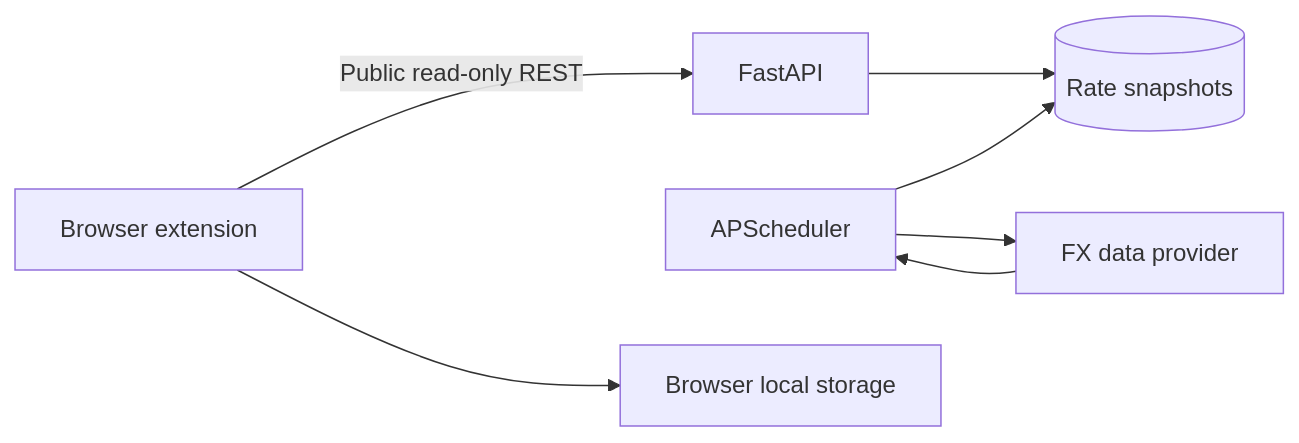
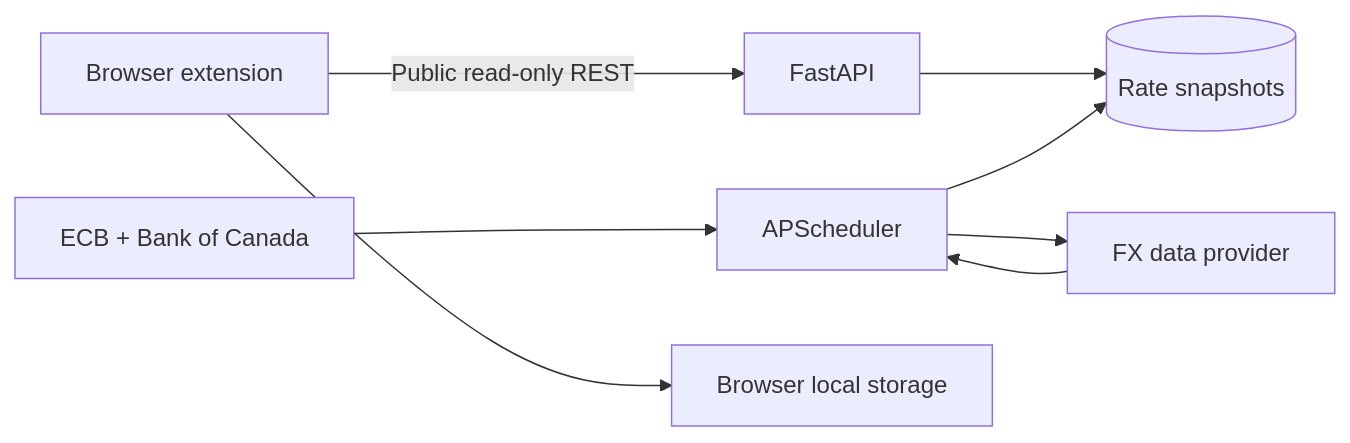
One commit to shianjeng/FX-Pulses changed the diagram in README.md. Above: the diagram before and after it, drawn with Mermaid. The commit also changed other lines of this file and 17 other files, not shown here.

````diff
--- a/README.md
+++ b/README.md
@@ -43,9 +46,10 @@
 ```mermaid
 flowchart LR
     Extension[Browser extension] -->|Public read-only REST| API[FastAPI]
     API --> Cache[(Rate snapshots)]
     Scheduler[APScheduler] --> Provider[FX data provider]
     Provider --> Scheduler
+    Official[ECB + Bank of Canada] --> Scheduler
     Scheduler --> Cache
     Extension --> Local[Browser local storage]
 ```
````
